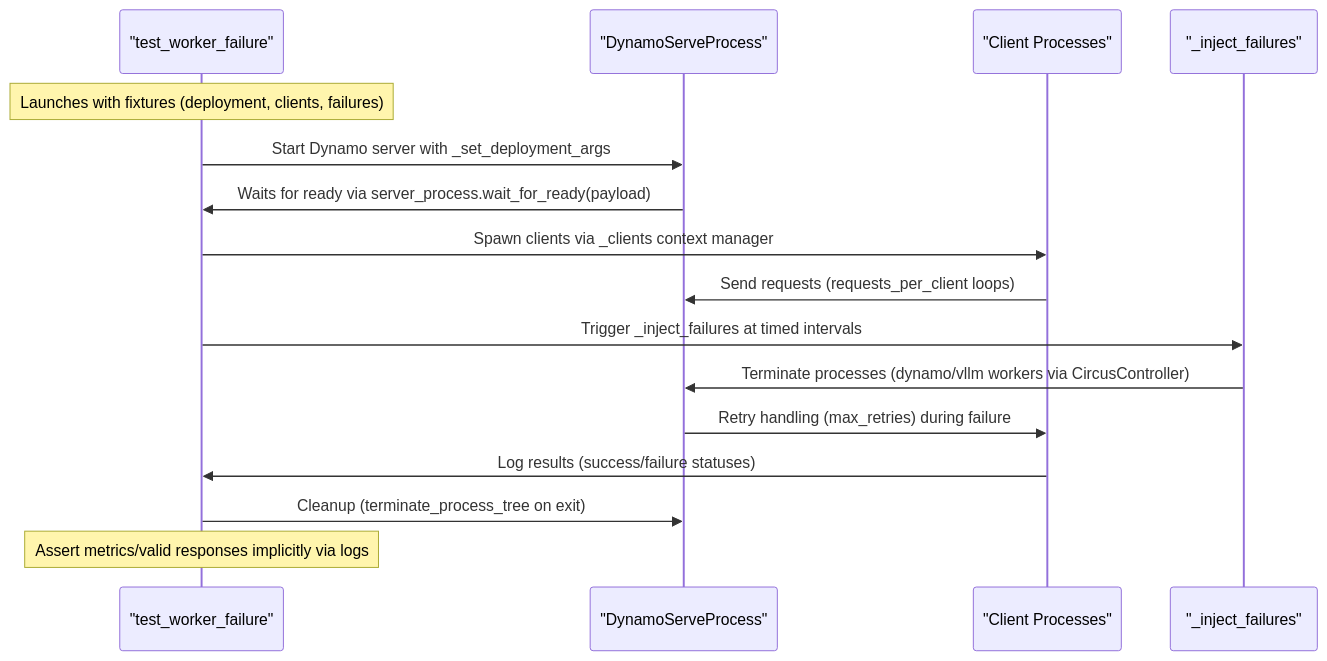
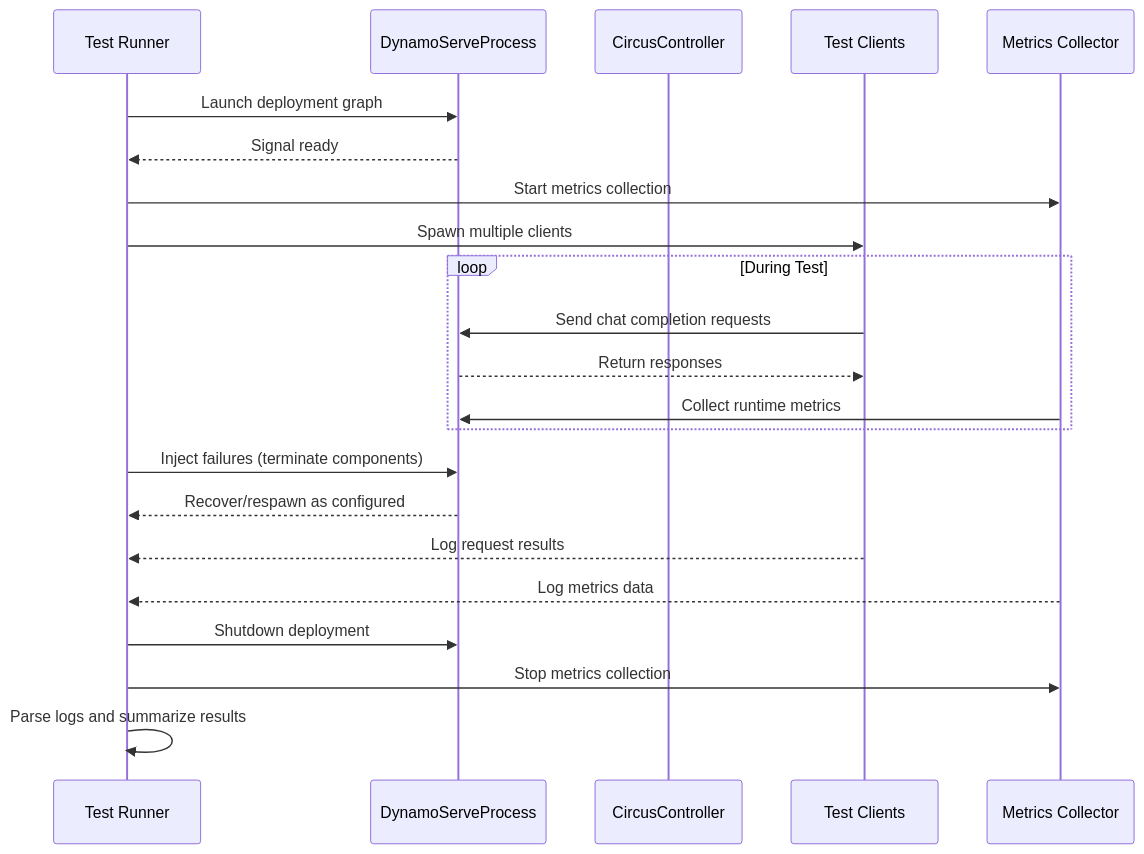
One commit to ai-dynamo/dynamo changed the first of 6 diagrams in tests/fault_tolerance/README.md. Above: the diagram before and after it, drawn with Mermaid. The commit also changed other lines of this file, not shown here.

````diff
--- a/tests/fault_tolerance/README.md
+++ b/tests/fault_tolerance/README.md
@@ -46,19 +47,25 @@
 ```mermaid
 sequenceDiagram
-    participant Test as "test_worker_failure"
-    participant Server as "DynamoServeProcess"
-    participant Clients as "Client Processes"
-    participant FailureInjector as "_inject_failures"
+    participant Tester as Test Runner
+    participant Dynamo as DynamoServeProcess
+    participant Circus as CircusController
+    participant Client as Test Clients
+    participant Metrics as Metrics Collector
 
-    Note over Test: Launches with fixtures (deployment, clients, failures)
-    Test->>Server: Start Dynamo server with _set_deployment_args
-    Server->>Test: Waits for ready via server_process.wait_for_ready(payload)
-    Test->>Clients: Spawn clients via _clients context manager
-    Clients->>Server: Send requests (requests_per_client loops)
-    Test->>FailureInjector: Trigger _inject_failures at timed intervals
-    FailureInjector->>Server: Terminate processes (dynamo/vllm workers via CircusController)
-    Server->>Clients: Retry handling (max_retries) during failure
-    Clients->>Test: Log results (success/failure statuses)
-    Test->>Server: Cleanup (terminate_process_tree on exit)
-    Note over Test: Assert metrics/valid responses implicitly via logs
+    Tester->>Dynamo: Launch deployment graph
+    Dynamo-->>Tester: Signal ready
+    Tester->>Metrics: Start metrics collection
+    Tester->>Client: Spawn multiple clients
+    loop During Test
+        Client->>Dynamo: Send chat completion requests
+        Dynamo-->>Client: Return responses
+        Metrics->>Dynamo: Collect runtime metrics
+    end
+    Tester->>Dynamo: Inject failures (terminate components)
+    Dynamo-->>Tester: Recover/respawn as configured
+    Client-->>Tester: Log request results
+    Metrics-->>Tester: Log metrics data
+    Tester->>Dynamo: Shutdown deployment
+    Tester->>Metrics: Stop metrics collection
+    Tester->>Tester: Parse logs and summarize results
 ```
````
